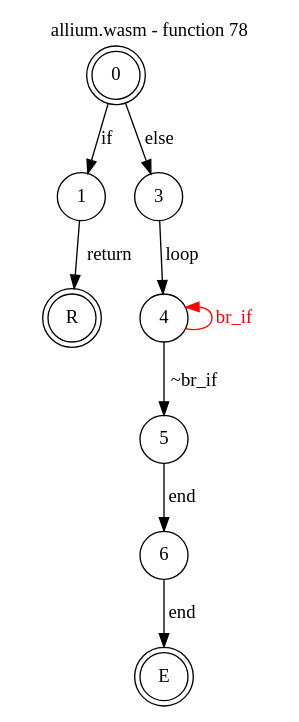
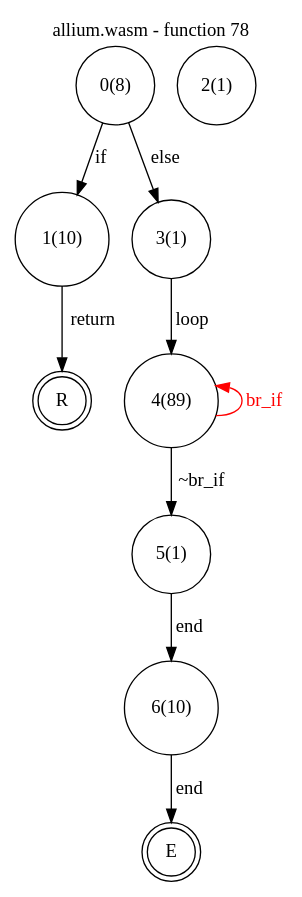
Before and after one commit to jsCarleton/wanalyze: the diagram in test_cases/allium/funcs/allium-func78.dot, drawn with Graphviz. The commit also changed 145 other files, not shown here.

```diff
--- a/test_cases/allium/funcs/allium-func78.dot
+++ b/test_cases/allium/funcs/allium-func78.dot
@@ -1,17 +1,25 @@
 digraph finite_state_machine {
     label = "allium.wasm - function 78"
     labelloc =  t
     labelfontsize = 16
     labelfontcolor = black
     labelfontname = "Helvetica"
-    node [shape = doublecircle]; 0 E R ;
-    node [shape = circle];
+    node [shape = doublecircle]; E R ;
+node [shape=circle, fontcolor=black, style="", label="0(8)"]0
+node [shape=circle, fontcolor=black, style="", label="1(10)"]1
+node [shape=circle, fontcolor=black, style="", label="2(1)"]2
+node [shape=circle, fontcolor=black, style="", label="3(1)"]3
+node [shape=circle, fontcolor=black, style="", label="4(89)"]4
+node [shape=circle, fontcolor=black, style="", label="5(1)"]5
+node [shape=circle, fontcolor=black, style="", label="6(10)"]6
+node [shape=circle, fontcolor=black, style="", label="E"]E
+node [shape=circle, fontcolor=black, style="", label="R"]R
     0 -> 1[label="if"];
     0 -> 3[label="else"];
     1 -> R[label="return"];
     3 -> 4[label="loop"];
     4 -> 5[label="~br_if"];
     4 -> 4[color="red" dir=back fontcolor="red" label="br_if"];
     5 -> 6[label="end"];
     6 -> E[label="end"];
 }
```
